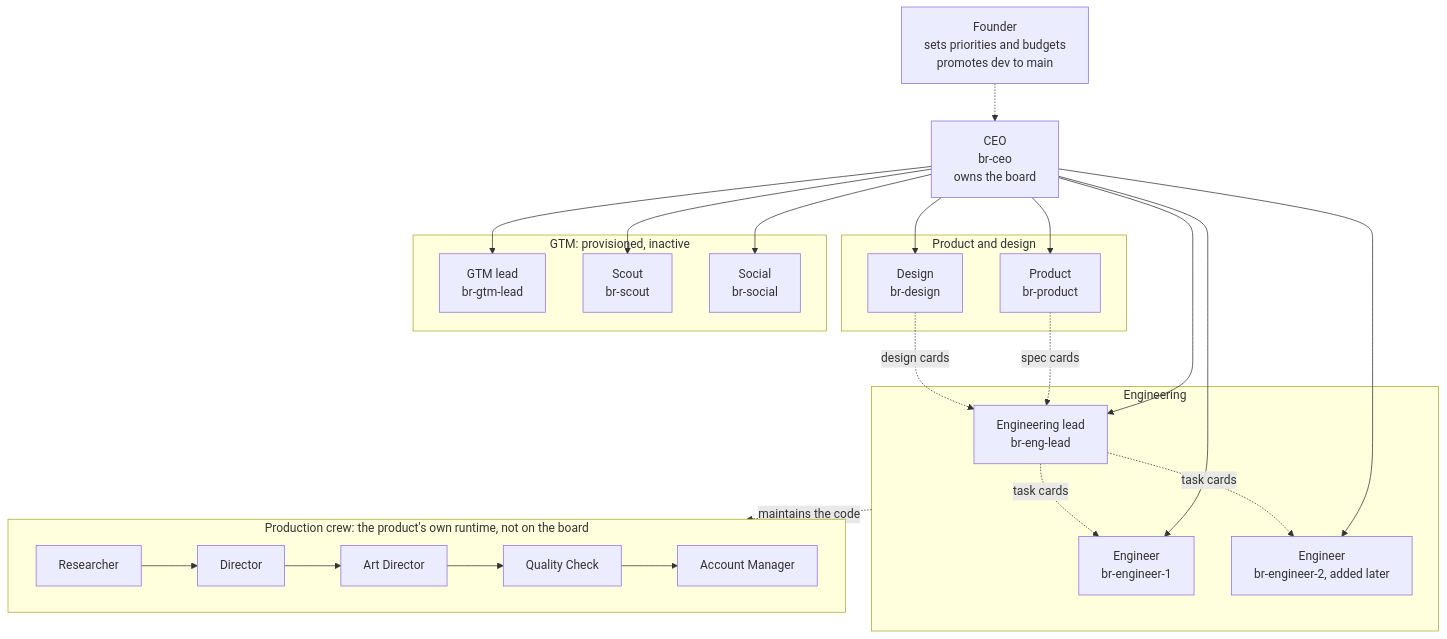
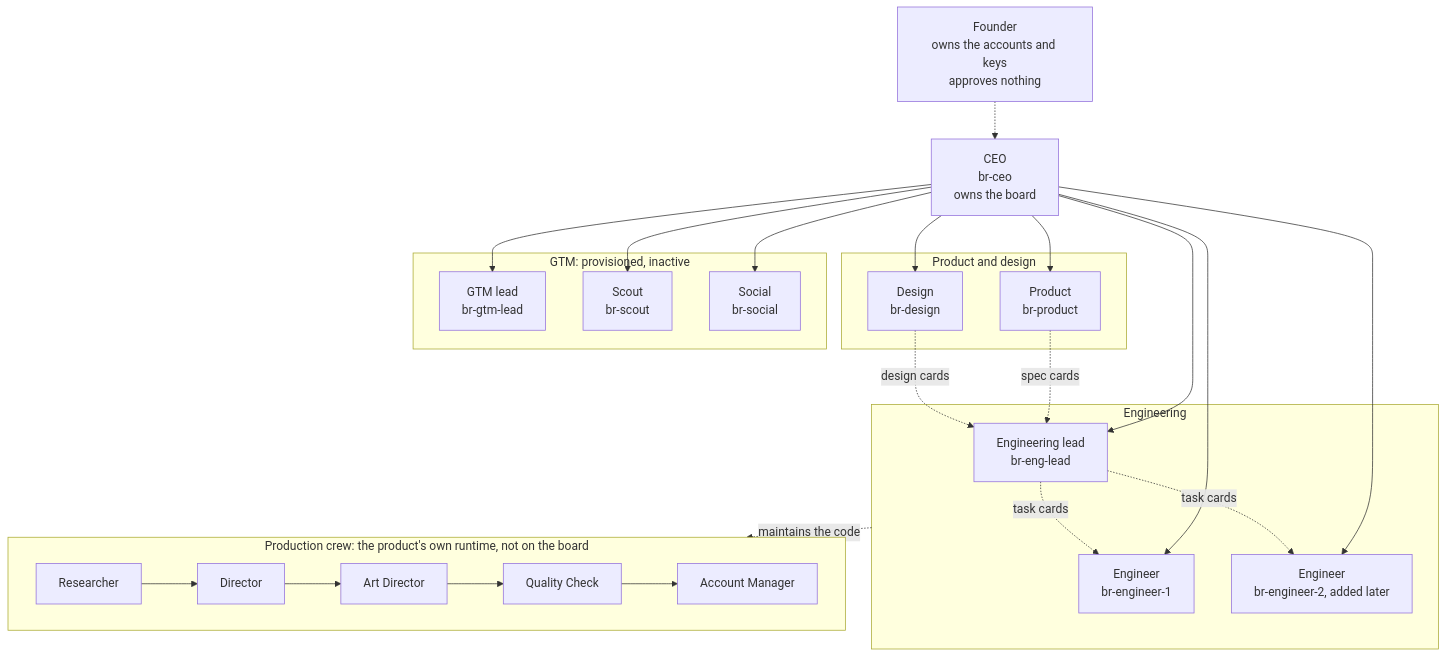
One commit to latchkey-ops-bot/boiler-room changed the diagram in docs/company/README.md. Above: the diagram before and after it, drawn with Mermaid. The commit also changed other lines of this file and 2 other files, not shown here.

First line of the commit message:
docs(company): ship to main autonomously, founder approves nothing

````diff
--- a/docs/company/README.md
+++ b/docs/company/README.md
@@ -12,46 +12,46 @@
 ```mermaid
 flowchart TD
-  founder["Founder<br/>sets priorities and budgets<br/>promotes dev to main"]
+  founder["Founder<br/>owns the accounts and keys<br/>approves nothing"]
   ceo["CEO<br/>br-ceo<br/>owns the board"]
   founder -.-> ceo
 
   subgraph eng["Engineering"]
     lead["Engineering lead<br/>br-eng-lead"]
     e1["Engineer<br/>br-engineer-1"]
     e2["Engineer<br/>br-engineer-2, added later"]
   end
 
   subgraph pd["Product and design"]
     product["Product<br/>br-product"]
     design["Design<br/>br-design"]
   end
 
   subgraph gtm["GTM: provisioned, inactive"]
     gtmlead["GTM lead<br/>br-gtm-lead"]
     scout["Scout<br/>br-scout"]
     social["Social<br/>br-social"]
   end
 
   ceo --> lead
   ceo --> e1
   ceo --> e2
   ceo --> product
   ceo --> design
   ceo --> gtmlead
   ceo --> scout
   ceo --> social
 
   product -.->|spec cards| lead
   design -.->|design cards| lead
   lead -.->|task cards| e1
   lead -.->|task cards| e2
 
   subgraph crew["Production crew: the product's own runtime, not on the board"]
     researcher["Researcher"] --> director["Director"]
     director --> artdir["Art Director"]
     artdir --> qc["Quality Check"]
     qc --> am["Account Manager"]
   end
 
   eng -.->|maintains the code| crew
 ```
````
